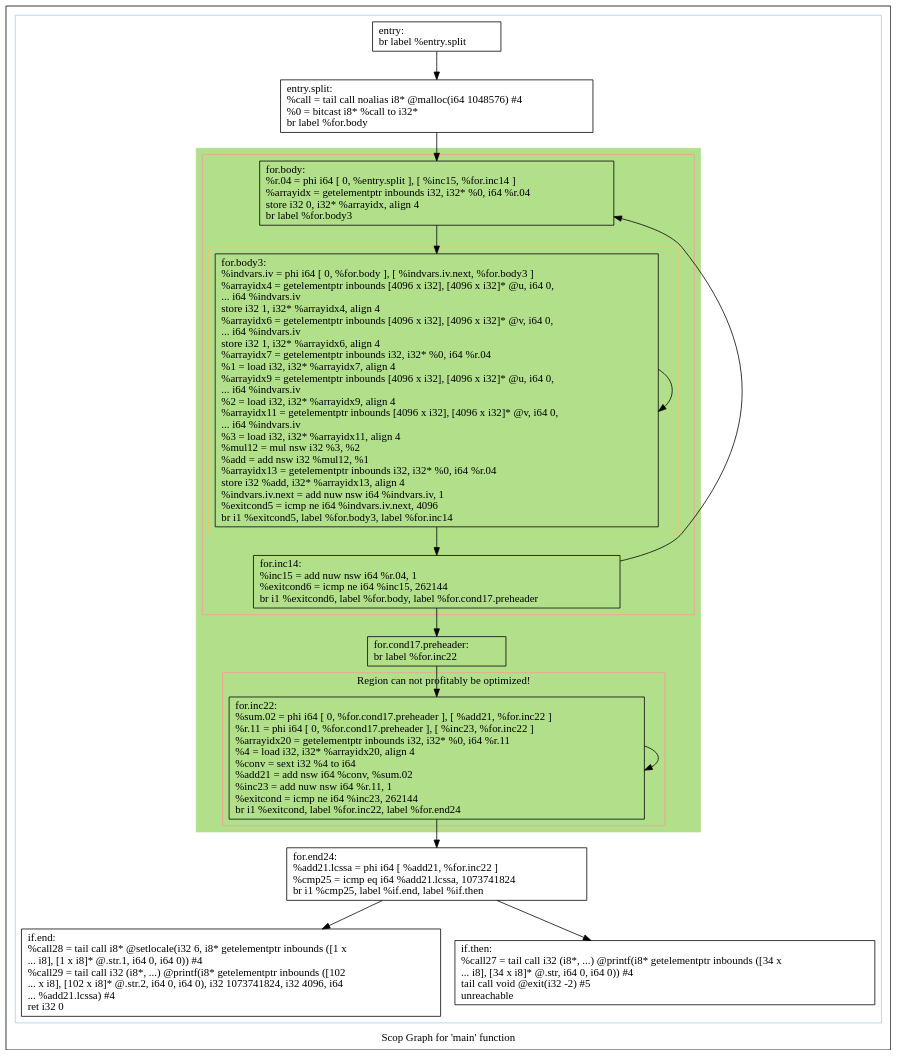
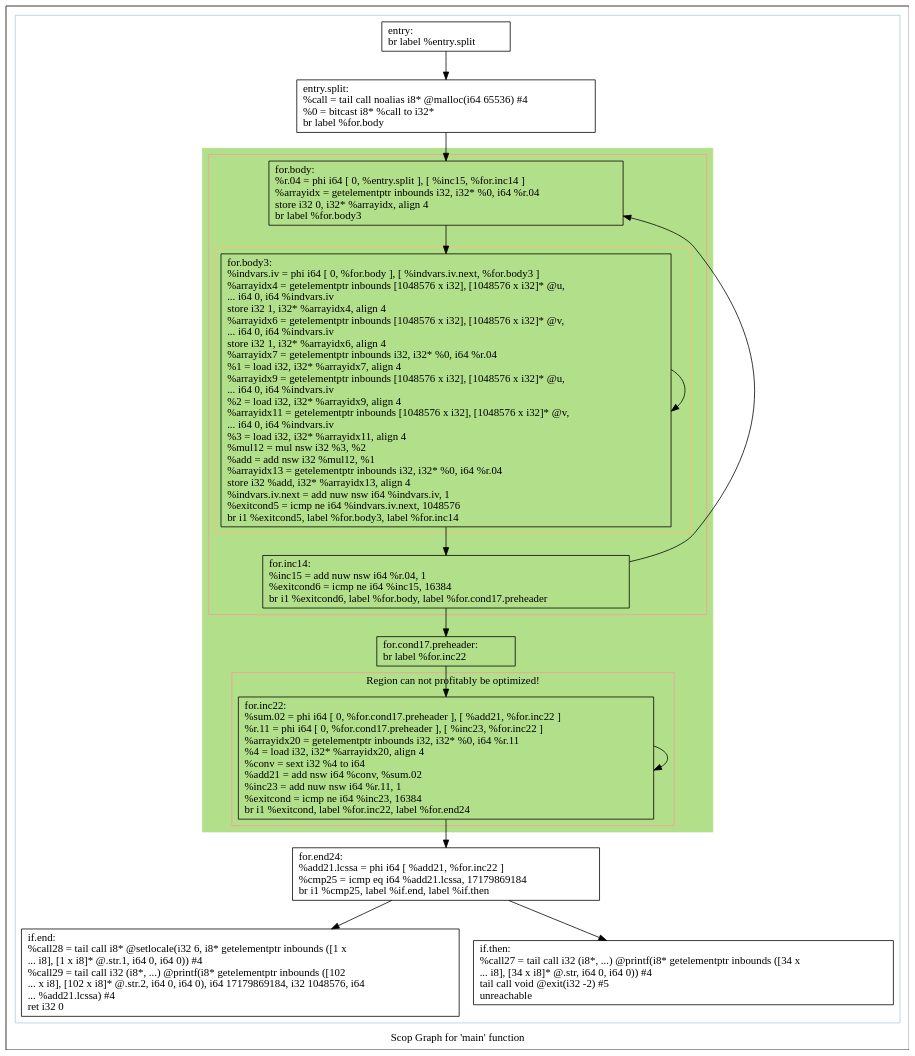
Before and after one commit to samminweng/WhileyOpenCL: the diagram in polly/VectorMult/impl/handwritten/dot/scops.main.dot, drawn with Graphviz. The commit also changed 44 other files, not shown here.

```diff
--- a/polly/VectorMult/impl/handwritten/dot/scops.main.dot
+++ b/polly/VectorMult/impl/handwritten/dot/scops.main.dot
@@ -1,61 +1,61 @@
 digraph "Scop Graph for 'main' function" {
 	label="Scop Graph for 'main' function";
 
-	Node0x5bdf8e0 [shape=record,label="{entry:\l  br label %entry.split\l}"];
-	Node0x5bdf8e0 -> Node0x5bdfba0;
-	Node0x5bdfba0 [shape=record,label="{entry.split:                                      \l  %call = tail call noalias i8* @malloc(i64 1048576) #4\l  %0 = bitcast i8* %call to i32*\l  br label %for.body\l}"];
-	Node0x5bdfba0 -> Node0x5bdfa00;
-	Node0x5bdfa00 [shape=record,label="{for.body:                                         \l  %r.04 = phi i64 [ 0, %entry.split ], [ %inc15, %for.inc14 ]\l  %arrayidx = getelementptr inbounds i32, i32* %0, i64 %r.04\l  store i32 0, i32* %arrayidx, align 4\l  br label %for.body3\l}"];
-	Node0x5bdfa00 -> Node0x5bec900;
-	Node0x5bec900 [shape=record,label="{for.body3:                                        \l  %indvars.iv = phi i64 [ 0, %for.body ], [ %indvars.iv.next, %for.body3 ]\l  %arrayidx4 = getelementptr inbounds [4096 x i32], [4096 x i32]* @u, i64 0,\l... i64 %indvars.iv\l  store i32 1, i32* %arrayidx4, align 4\l  %arrayidx6 = getelementptr inbounds [4096 x i32], [4096 x i32]* @v, i64 0,\l... i64 %indvars.iv\l  store i32 1, i32* %arrayidx6, align 4\l  %arrayidx7 = getelementptr inbounds i32, i32* %0, i64 %r.04\l  %1 = load i32, i32* %arrayidx7, align 4\l  %arrayidx9 = getelementptr inbounds [4096 x i32], [4096 x i32]* @u, i64 0,\l... i64 %indvars.iv\l  %2 = load i32, i32* %arrayidx9, align 4\l  %arrayidx11 = getelementptr inbounds [4096 x i32], [4096 x i32]* @v, i64 0,\l... i64 %indvars.iv\l  %3 = load i32, i32* %arrayidx11, align 4\l  %mul12 = mul nsw i32 %3, %2\l  %add = add nsw i32 %mul12, %1\l  %arrayidx13 = getelementptr inbounds i32, i32* %0, i64 %r.04\l  store i32 %add, i32* %arrayidx13, align 4\l  %indvars.iv.next = add nuw nsw i64 %indvars.iv, 1\l  %exitcond5 = icmp ne i64 %indvars.iv.next, 4096\l  br i1 %exitcond5, label %for.body3, label %for.inc14\l}"];
-	Node0x5bec900 -> Node0x5bec900[constraint=false];
-	Node0x5bec900 -> Node0x5bf0fb0;
-	Node0x5bf0fb0 [shape=record,label="{for.inc14:                                        \l  %inc15 = add nuw nsw i64 %r.04, 1\l  %exitcond6 = icmp ne i64 %inc15, 262144\l  br i1 %exitcond6, label %for.body, label %for.cond17.preheader\l}"];
-	Node0x5bf0fb0 -> Node0x5bdfa00[constraint=false];
-	Node0x5bf0fb0 -> Node0x5bee7f0;
-	Node0x5bee7f0 [shape=record,label="{for.cond17.preheader:                             \l  br label %for.inc22\l}"];
-	Node0x5bee7f0 -> Node0x5bf0f40;
-	Node0x5bf0f40 [shape=record,label="{for.inc22:                                        \l  %sum.02 = phi i64 [ 0, %for.cond17.preheader ], [ %add21, %for.inc22 ]\l  %r.11 = phi i64 [ 0, %for.cond17.preheader ], [ %inc23, %for.inc22 ]\l  %arrayidx20 = getelementptr inbounds i32, i32* %0, i64 %r.11\l  %4 = load i32, i32* %arrayidx20, align 4\l  %conv = sext i32 %4 to i64\l  %add21 = add nsw i64 %conv, %sum.02\l  %inc23 = add nuw nsw i64 %r.11, 1\l  %exitcond = icmp ne i64 %inc23, 262144\l  br i1 %exitcond, label %for.inc22, label %for.end24\l}"];
-	Node0x5bf0f40 -> Node0x5bf0f40[constraint=false];
-	Node0x5bf0f40 -> Node0x5bee2a0;
-	Node0x5bee2a0 [shape=record,label="{for.end24:                                        \l  %add21.lcssa = phi i64 [ %add21, %for.inc22 ]\l  %cmp25 = icmp eq i64 %add21.lcssa, 1073741824\l  br i1 %cmp25, label %if.end, label %if.then\l}"];
-	Node0x5bee2a0 -> Node0x5bf01a0;
-	Node0x5bee2a0 -> Node0x5bef090;
-	Node0x5bf01a0 [shape=record,label="{if.end:                                           \l  %call28 = tail call i8* @setlocale(i32 6, i8* getelementptr inbounds ([1 x\l... i8], [1 x i8]* @.str.1, i64 0, i64 0)) #4\l  %call29 = tail call i32 (i8*, ...) @printf(i8* getelementptr inbounds ([102\l... x i8], [102 x i8]* @.str.2, i64 0, i64 0), i32 1073741824, i32 4096, i64\l... %add21.lcssa) #4\l  ret i32 0\l}"];
-	Node0x5bef090 [shape=record,label="{if.then:                                          \l  %call27 = tail call i32 (i8*, ...) @printf(i8* getelementptr inbounds ([34 x\l... i8], [34 x i8]* @.str, i64 0, i64 0)) #4\l  tail call void @exit(i32 -2) #5\l  unreachable\l}"];
+	Node0x55b6f20 [shape=record,label="{entry:\l  br label %entry.split\l}"];
+	Node0x55b6f20 -> Node0x55b71e0;
+	Node0x55b71e0 [shape=record,label="{entry.split:                                      \l  %call = tail call noalias i8* @malloc(i64 65536) #4\l  %0 = bitcast i8* %call to i32*\l  br label %for.body\l}"];
+	Node0x55b71e0 -> Node0x55b7040;
+	Node0x55b7040 [shape=record,label="{for.body:                                         \l  %r.04 = phi i64 [ 0, %entry.split ], [ %inc15, %for.inc14 ]\l  %arrayidx = getelementptr inbounds i32, i32* %0, i64 %r.04\l  store i32 0, i32* %arrayidx, align 4\l  br label %for.body3\l}"];
+	Node0x55b7040 -> Node0x55c5740;
+	Node0x55c5740 [shape=record,label="{for.body3:                                        \l  %indvars.iv = phi i64 [ 0, %for.body ], [ %indvars.iv.next, %for.body3 ]\l  %arrayidx4 = getelementptr inbounds [1048576 x i32], [1048576 x i32]* @u,\l... i64 0, i64 %indvars.iv\l  store i32 1, i32* %arrayidx4, align 4\l  %arrayidx6 = getelementptr inbounds [1048576 x i32], [1048576 x i32]* @v,\l... i64 0, i64 %indvars.iv\l  store i32 1, i32* %arrayidx6, align 4\l  %arrayidx7 = getelementptr inbounds i32, i32* %0, i64 %r.04\l  %1 = load i32, i32* %arrayidx7, align 4\l  %arrayidx9 = getelementptr inbounds [1048576 x i32], [1048576 x i32]* @u,\l... i64 0, i64 %indvars.iv\l  %2 = load i32, i32* %arrayidx9, align 4\l  %arrayidx11 = getelementptr inbounds [1048576 x i32], [1048576 x i32]* @v,\l... i64 0, i64 %indvars.iv\l  %3 = load i32, i32* %arrayidx11, align 4\l  %mul12 = mul nsw i32 %3, %2\l  %add = add nsw i32 %mul12, %1\l  %arrayidx13 = getelementptr inbounds i32, i32* %0, i64 %r.04\l  store i32 %add, i32* %arrayidx13, align 4\l  %indvars.iv.next = add nuw nsw i64 %indvars.iv, 1\l  %exitcond5 = icmp ne i64 %indvars.iv.next, 1048576\l  br i1 %exitcond5, label %for.body3, label %for.inc14\l}"];
+	Node0x55c5740 -> Node0x55c5740[constraint=false];
+	Node0x55c5740 -> Node0x55c9df0;
+	Node0x55c9df0 [shape=record,label="{for.inc14:                                        \l  %inc15 = add nuw nsw i64 %r.04, 1\l  %exitcond6 = icmp ne i64 %inc15, 16384\l  br i1 %exitcond6, label %for.body, label %for.cond17.preheader\l}"];
+	Node0x55c9df0 -> Node0x55b7040[constraint=false];
+	Node0x55c9df0 -> Node0x55c7630;
+	Node0x55c7630 [shape=record,label="{for.cond17.preheader:                             \l  br label %for.inc22\l}"];
+	Node0x55c7630 -> Node0x55c9d80;
+	Node0x55c9d80 [shape=record,label="{for.inc22:                                        \l  %sum.02 = phi i64 [ 0, %for.cond17.preheader ], [ %add21, %for.inc22 ]\l  %r.11 = phi i64 [ 0, %for.cond17.preheader ], [ %inc23, %for.inc22 ]\l  %arrayidx20 = getelementptr inbounds i32, i32* %0, i64 %r.11\l  %4 = load i32, i32* %arrayidx20, align 4\l  %conv = sext i32 %4 to i64\l  %add21 = add nsw i64 %conv, %sum.02\l  %inc23 = add nuw nsw i64 %r.11, 1\l  %exitcond = icmp ne i64 %inc23, 16384\l  br i1 %exitcond, label %for.inc22, label %for.end24\l}"];
+	Node0x55c9d80 -> Node0x55c9d80[constraint=false];
+	Node0x55c9d80 -> Node0x55c70e0;
+	Node0x55c70e0 [shape=record,label="{for.end24:                                        \l  %add21.lcssa = phi i64 [ %add21, %for.inc22 ]\l  %cmp25 = icmp eq i64 %add21.lcssa, 17179869184\l  br i1 %cmp25, label %if.end, label %if.then\l}"];
+	Node0x55c70e0 -> Node0x55c8fe0;
+	Node0x55c70e0 -> Node0x55c7ed0;
+	Node0x55c8fe0 [shape=record,label="{if.end:                                           \l  %call28 = tail call i8* @setlocale(i32 6, i8* getelementptr inbounds ([1 x\l... i8], [1 x i8]* @.str.1, i64 0, i64 0)) #4\l  %call29 = tail call i32 (i8*, ...) @printf(i8* getelementptr inbounds ([102\l... x i8], [102 x i8]* @.str.2, i64 0, i64 0), i64 17179869184, i32 1048576, i64\l... %add21.lcssa) #4\l  ret i32 0\l}"];
+	Node0x55c7ed0 [shape=record,label="{if.then:                                          \l  %call27 = tail call i32 (i8*, ...) @printf(i8* getelementptr inbounds ([34 x\l... i8], [34 x i8]* @.str, i64 0, i64 0)) #4\l  tail call void @exit(i32 -2) #5\l  unreachable\l}"];
 	colorscheme = "paired12"
-        subgraph cluster_0x5bdf860 {
+        subgraph cluster_0x55b6ea0 {
           label = "";
           style = solid;
           color = 1
-          subgraph cluster_0x5bee8c0 {
+          subgraph cluster_0x55c7700 {
             label = "";
             style = filled;
-            color = 3            subgraph cluster_0x5be0c40 {
+            color = 3            subgraph cluster_0x55b8280 {
               label = "";
               style = solid;
               color = 5
-              subgraph cluster_0x5be0bc0 {
+              subgraph cluster_0x55b8200 {
                 label = "";
                 style = solid;
                 color = 7
-                Node0x5bec900;
+                Node0x55c5740;
               }
-              Node0x5bdfa00;
-              Node0x5bf0fb0;
+              Node0x55b7040;
+              Node0x55c9df0;
             }
-            subgraph cluster_0x5bdf980 {
+            subgraph cluster_0x55b6fc0 {
               label = "Region can not profitably be optimized!";
               style = solid;
               color = 5
-              Node0x5bf0f40;
+              Node0x55c9d80;
             }
-            Node0x5bee7f0;
+            Node0x55c7630;
           }
-          Node0x5bdf8e0;
-          Node0x5bdfba0;
-          Node0x5bee2a0;
-          Node0x5bf01a0;
-          Node0x5bef090;
+          Node0x55b6f20;
+          Node0x55b71e0;
+          Node0x55c70e0;
+          Node0x55c8fe0;
+          Node0x55c7ed0;
         }
 }
```
